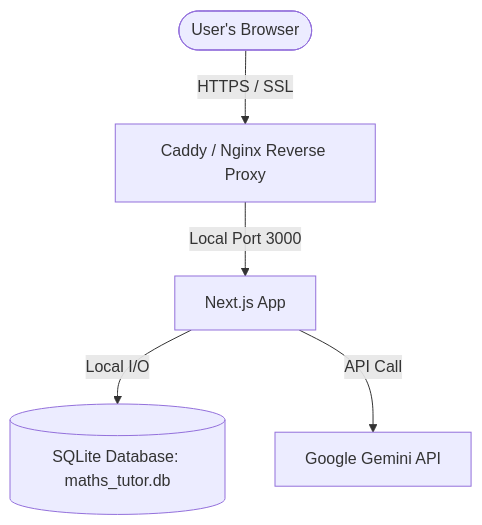
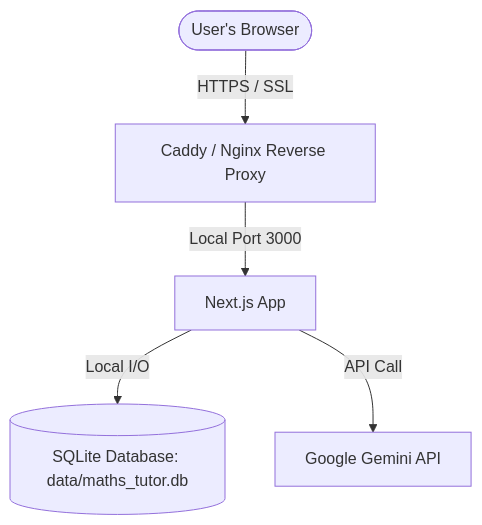
Before and after one commit to marbury0/mathstutor: the first of 2 diagrams in docs/gcp_deployment.md, drawn with Mermaid. The commit also changed other lines of this file and 18 other files, not shown here.

````diff
--- a/docs/gcp_deployment.md
+++ b/docs/gcp_deployment.md
@@ -33,7 +33,7 @@
 ```mermaid
 graph TD
     User([User's Browser]) -->|HTTPS / SSL| Proxy[Caddy / Nginx Reverse Proxy]
     Proxy -->|Local Port 3000| NextJS[Next.js App]
-    NextJS -->|Local I/O| SQLite[(SQLite Database: maths_tutor.db)]
+    NextJS -->|Local I/O| SQLite[(SQLite Database: data/maths_tutor.db)]
     NextJS -->|API Call| Gemini[Google Gemini API]
 ```
````
